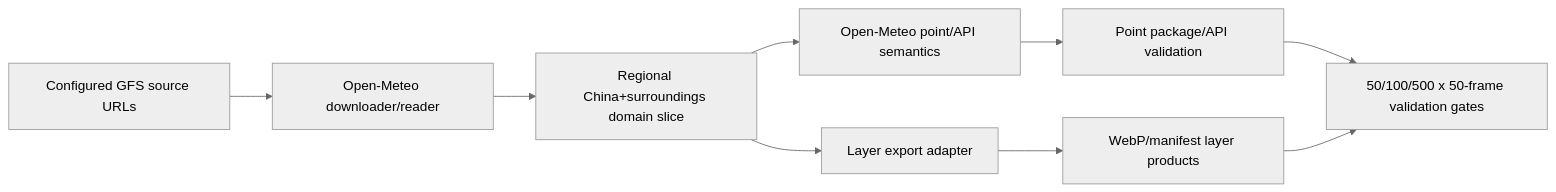
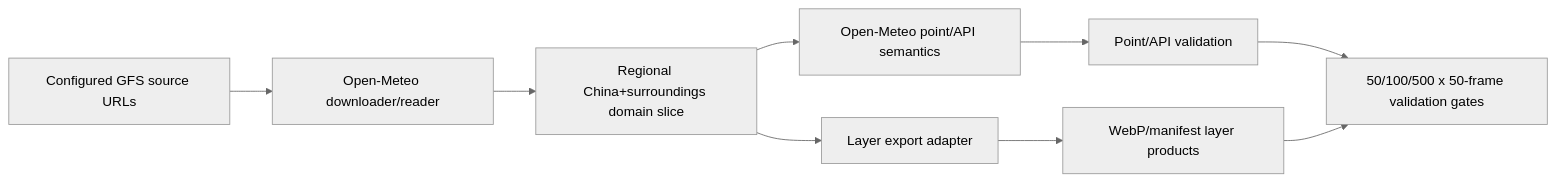
One commit to 89199156-design/weather_forecast_server changed the diagram in docs/superpowers/specs/2026-06-25-openmeteo-engine-migration-design.md. Above: the diagram before and after it, drawn with Mermaid (neutral theme). The commit also changed other lines of this file and 18 other files, not shown here.

````diff
--- a/docs/superpowers/specs/2026-06-25-openmeteo-engine-migration-design.md
+++ b/docs/superpowers/specs/2026-06-25-openmeteo-engine-migration-design.md
@@ -65,11 +66,11 @@
 ```mermaid
 flowchart LR
   A["Configured GFS source URLs"] --> B["Open-Meteo downloader/reader"]
   B --> C["Regional China+surroundings domain slice"]
   C --> D["Open-Meteo point/API semantics"]
   C --> E["Layer export adapter"]
-  D --> F["Point package/API validation"]
+  D --> F["Point/API validation"]
   E --> G["WebP/manifest layer products"]
   F --> H["50/100/500 x 50-frame validation gates"]
   G --> H
 ```
````
